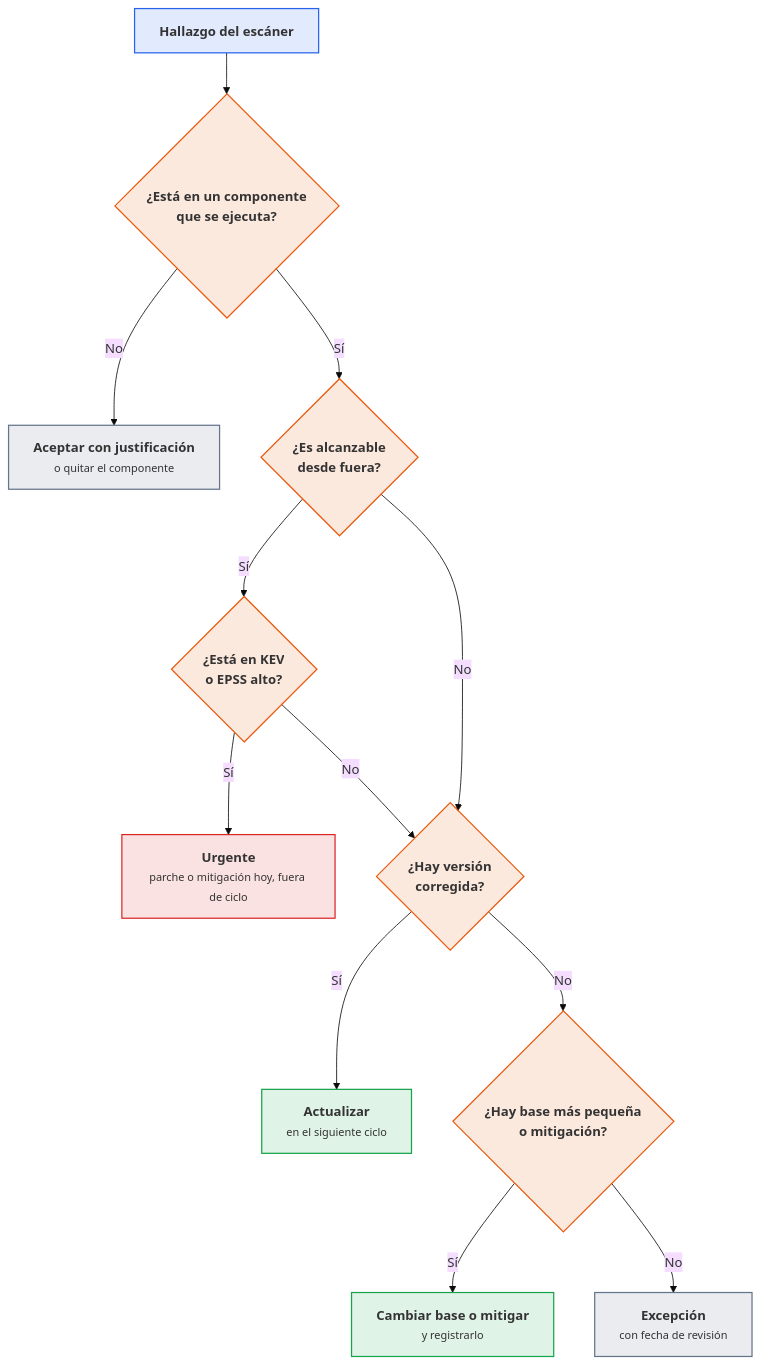
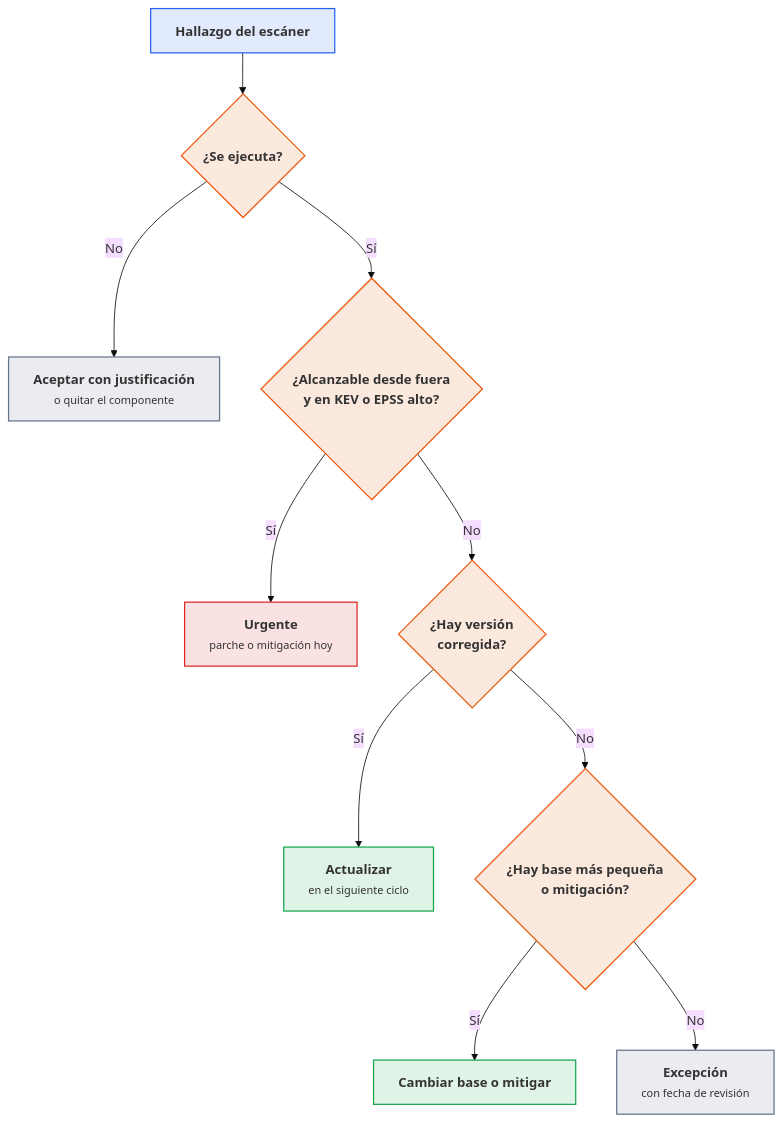
The second of 3 diagrams in docs/ut/ut7-actualizacion-vulnerabilidades.md (victor-educ/apuntes-5169), drawn with Mermaid (base theme) before and after one commit. The commit also changed other lines of this file and 6 other files, not shown here.

````diff
--- a/docs/ut/ut7-actualizacion-vulnerabilidades.md
+++ b/docs/ut/ut7-actualizacion-vulnerabilidades.md
@@ -471,31 +466,27 @@
 ```mermaid
 flowchart TD
     H["<b>Hallazgo del escáner</b>"]:::dato
-    Q1{"<b>¿Está en un componente<br>que se ejecuta?</b>"}:::act
+    Q1{"<b>¿Se ejecuta?</b>"}:::act
     ACC["<b>Aceptar con justificación</b><br><small>o quitar el componente</small>"]:::pieza
-    Q2{"<b>¿Es alcanzable<br>desde fuera?</b>"}:::act
-    Q3{"<b>¿Está en KEV<br>o EPSS alto?</b>"}:::act
-    URG["<b>Urgente</b><br><small>parche o mitigación hoy, fuera de ciclo</small>"]:::riesgo
+    Q2{"<b>¿Alcanzable desde fuera<br>y en KEV o EPSS alto?</b>"}:::act
+    URG["<b>Urgente</b><br><small>parche o mitigación hoy</small>"]:::riesgo
     Q4{"<b>¿Hay versión<br>corregida?</b>"}:::act
     UPD["<b>Actualizar</b><br><small>en el siguiente ciclo</small>"]:::ok
     Q5{"<b>¿Hay base más pequeña<br>o mitigación?</b>"}:::act
-    MIT["<b>Cambiar base o mitigar</b><br><small>y registrarlo</small>"]:::ok
+    MIT["<b>Cambiar base o mitigar</b>"]:::ok
     EXC["<b>Excepción</b><br><small>con fecha de revisión</small>"]:::pieza
     H --> Q1
     Q1 -- No --> ACC
     Q1 -- Sí --> Q2
+    Q2 -- Sí --> URG
     Q2 -- No --> Q4
-    Q2 -- Sí --> Q3
-    Q3 -- Sí --> URG
-    Q3 -- No --> Q4
     Q4 -- Sí --> UPD
     Q4 -- No --> Q5
     Q5 -- Sí --> MIT
     Q5 -- No --> EXC
     classDef act fill:#ea580c22,stroke:#ea580c,stroke-width:1.5px
     classDef pieza fill:#64748b22,stroke:#64748b,stroke-width:1.5px
     classDef dato fill:#2563eb22,stroke:#2563eb,stroke-width:1.5px
-    classDef infra fill:#a1a1aa14,stroke:#a1a1aa,stroke-width:1.5px
     classDef ok fill:#16a34a22,stroke:#16a34a,stroke-width:1.5px
     classDef riesgo fill:#dc262622,stroke:#dc2626,stroke-width:1.5px
 ```
````
